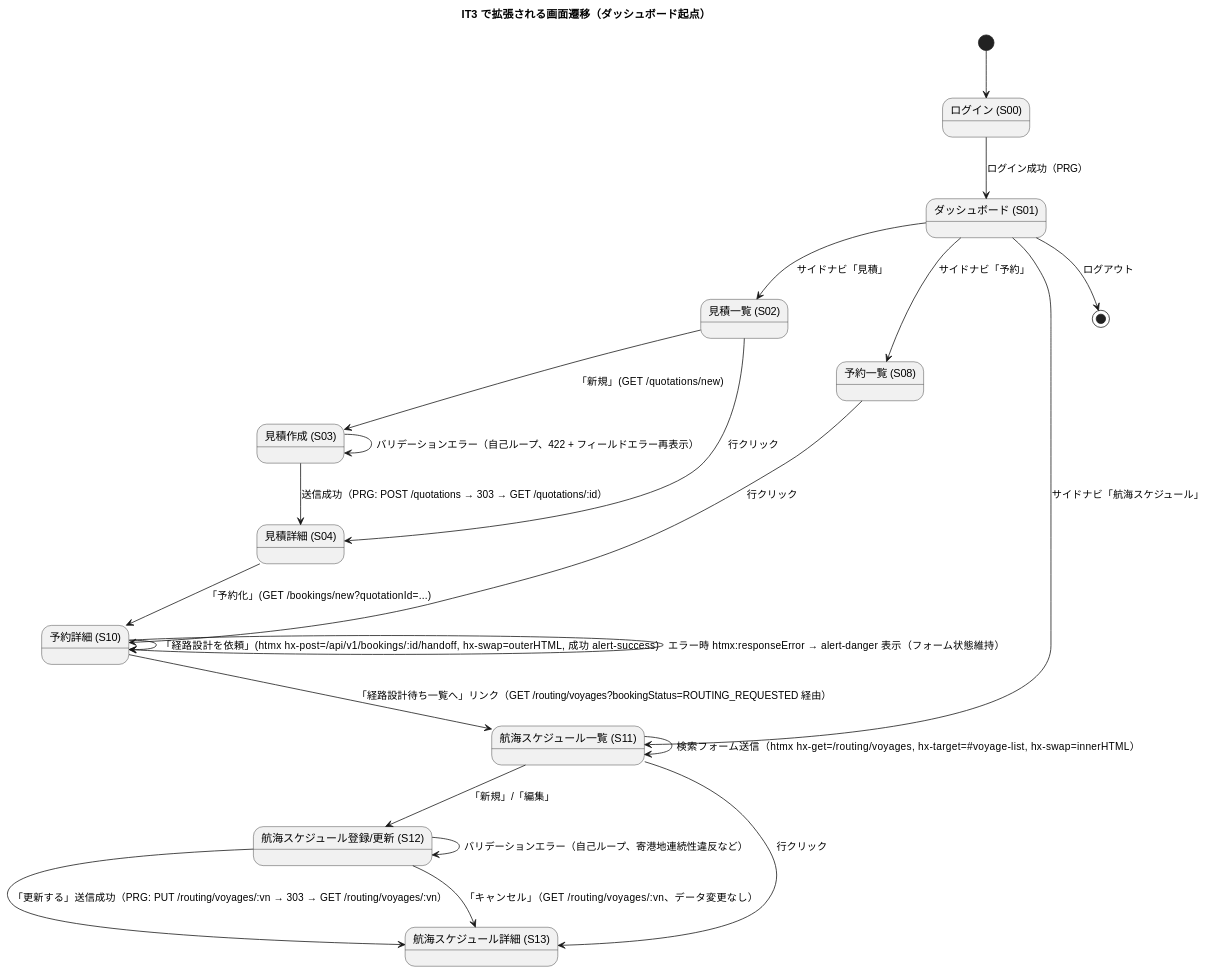
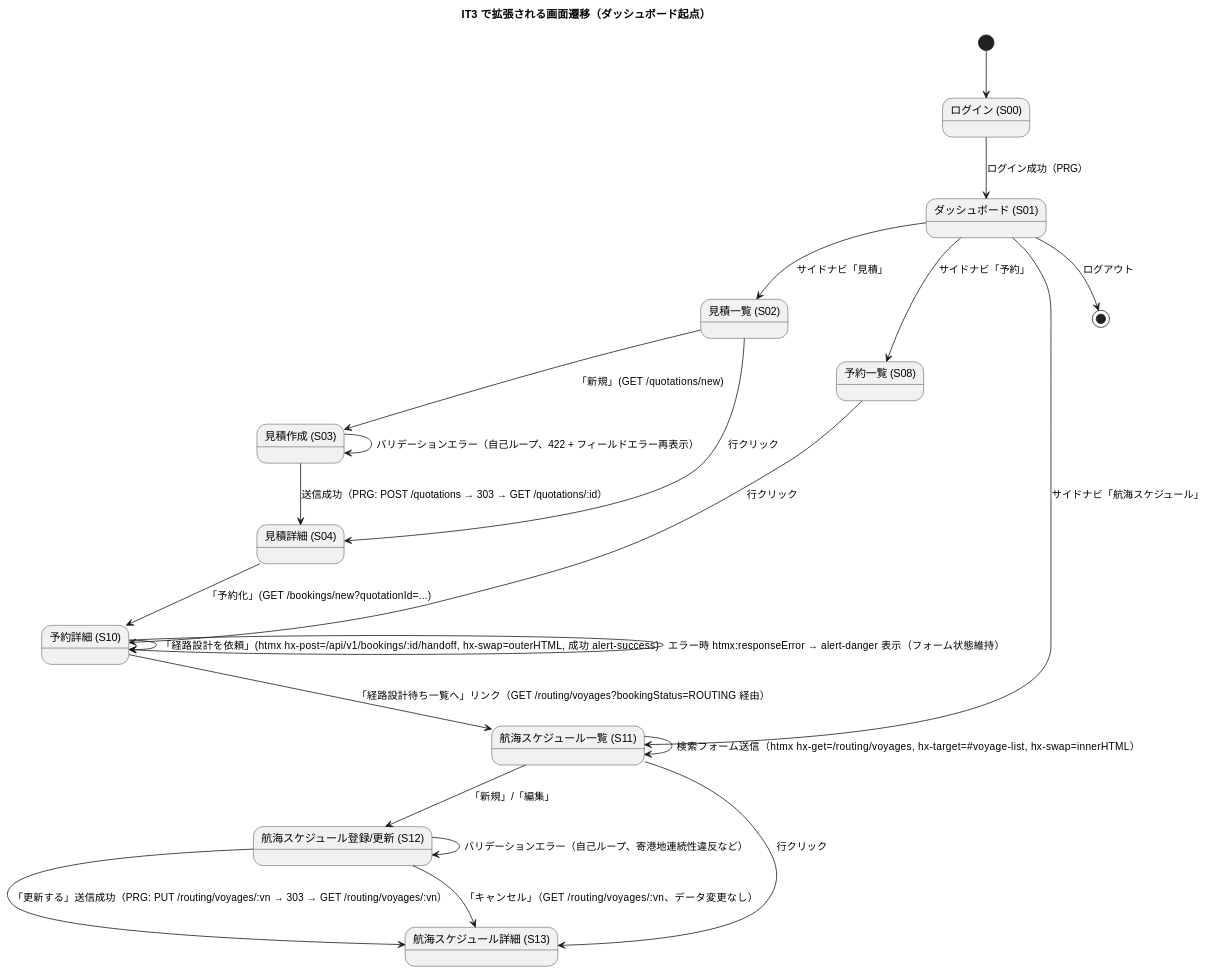
One commit to k2works/case-study-cargo-tracker changed diagram 11 of 11 in docs/development/iteration_plan-3.md. Above: the diagram before and after it, drawn with PlantUML. The commit also changed other lines of this file, not shown here.

Commit message:
docs(iteration-3): US06 完了状況反映と ROUTING_REQUESTED → ROUTING 表記統一

````diff
--- a/docs/development/iteration_plan-3.md
+++ b/docs/development/iteration_plan-3.md
@@ -680,50 +680,50 @@
 ```plantuml
 @startuml
 title IT3 で拡張される画面遷移（ダッシュボード起点）
 
 state "ログイン (S00)" as S00
 state "ダッシュボード (S01)" as S01
 state "見積一覧 (S02)" as S02
 state "見積作成 (S03)" as S03
 state "見積詳細 (S04)" as S04
 state "予約一覧 (S08)" as S08
 state "予約詳細 (S10)" as S10
 state "航海スケジュール一覧 (S11)" as S11
 state "航海スケジュール登録/更新 (S12)" as S12
 state "航海スケジュール詳細 (S13)" as S13
 
 [*] --> S00
 S00 --> S01 : ログイン成功（PRG）
 
 ' --- ダッシュボードからのナビゲーション ---
 S01 --> S02 : サイドナビ「見積」
 S01 --> S08 : サイドナビ「予約」
 S01 --> S11 : サイドナビ「航海スケジュール」
 
 ' --- 見積（US01）---
 S02 --> S03 : 「新規」(GET /quotations/new)
 S03 --> S03 : バリデーションエラー（自己ループ、422 + フィールドエラー再表示）
 S03 --> S04 : 送信成功（PRG: POST /quotations → 303 → GET /quotations/:id）
 S02 --> S04 : 行クリック
 S04 --> S10 : 「予約化」(GET /bookings/new?quotationId=...)
 
 ' --- 予約引き渡し（US06）---
 S08 --> S10 : 行クリック
 S10 --> S10 : 「経路設計を依頼」(htmx hx-post=/api/v1/bookings/:id/handoff, hx-swap=outerHTML, 成功 alert-success)
 S10 --> S10 : エラー時 htmx:responseError → alert-danger 表示（フォーム状態維持）
-S10 --> S11 : 「経路設計待ち一覧へ」リンク（GET /routing/voyages?bookingStatus=ROUTING_REQUESTED 経由）
+S10 --> S11 : 「経路設計待ち一覧へ」リンク（GET /routing/voyages?bookingStatus=ROUTING 経由）
 
 ' --- 航海検索（US07）---
 S11 --> S11 : 検索フォーム送信（htmx hx-get=/routing/voyages, hx-target=#voyage-list, hx-swap=innerHTML）
 S11 --> S13 : 行クリック
 S11 --> S12 : 「新規」/「編集」
 
 ' --- 航海スケジュール更新（US25）---
 S12 --> S12 : バリデーションエラー（自己ループ、寄港地連続性違反など）
 S12 --> S13 : 「更新する」送信成功（PRG: PUT /routing/voyages/:vn → 303 → GET /routing/voyages/:vn）
 S12 --> S13 : 「キャンセル」（GET /routing/voyages/:vn、データ変更なし）
 
 ' --- ログアウト ---
 S01 --> [*] : ログアウト
 @enduml
 ```
````
